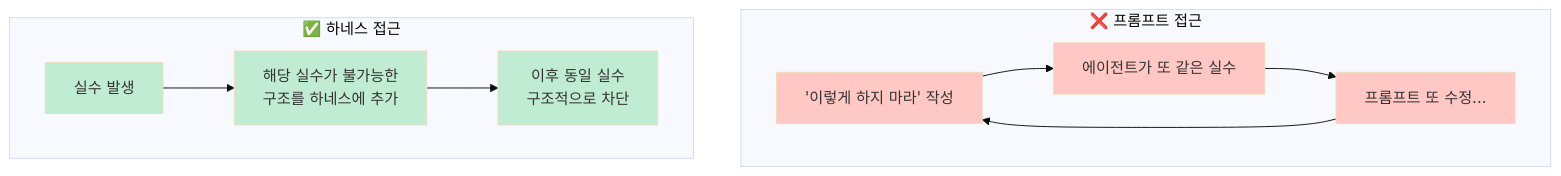
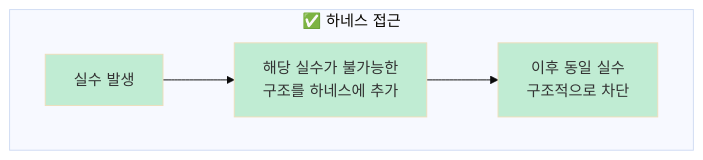
Before and after one commit to gyuha/gyuha.github.io: the sixth of 11 diagrams in content/post/2026/04/2026-04-05-harness-engineering-complete-guide.md, drawn with Mermaid (base theme). The commit also changed other lines of this file and 378 other files, not shown here.

````diff
--- a/content/post/2026/04/2026-04-05-harness-engineering-complete-guide.md
+++ b/content/post/2026/04/2026-04-05-harness-engineering-complete-guide.md
@@ -179,22 +193,16 @@
 ```mermaid
 flowchart TD
-    subgraph approach1["❌ 프롬프트 접근"]
-        P1["'이렇게 하지 마라' 작성"]
-        P2["에이전트가 또 같은 실수"]
-        P3["프롬프트 또 수정..."]
-        P1 --> P2 --> P3 --> P1
-    end
 
     subgraph approach2["✅ 하네스 접근"]
         H1["실수 발생"]
         H2["해당 실수가 불가능한<br>구조를 하네스에 추가"]
         H3["이후 동일 실수<br>구조적으로 차단"]
         H1 --> H2 --> H3
     end
 
     classDef bad fill:#ffc8c4,color:#333
     classDef good fill:#c0ecd3,color:#333
 
     class P1,P2,P3 bad
     class H1,H2,H3 good
 ```
````
